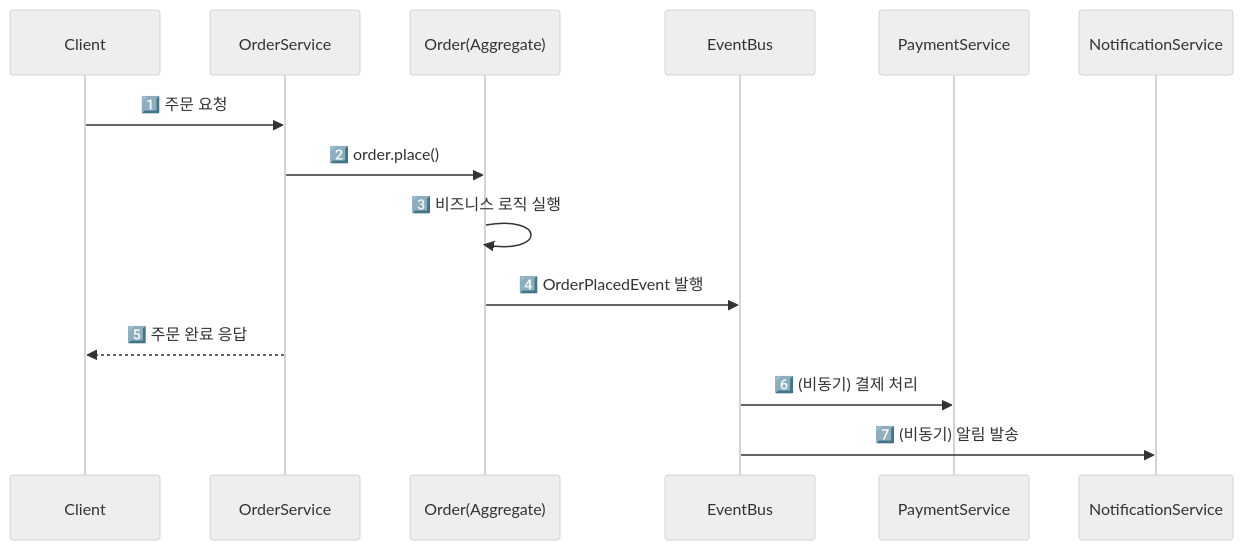
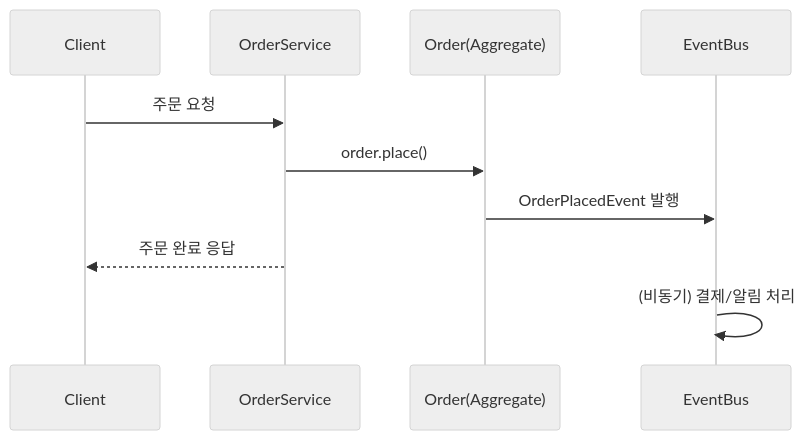
Before and after one commit to yjkim2015/yjkim2015.github.io: the sixth of 7 diagrams in _posts/architecture/2026-05-01-ddd.md, drawn with Mermaid (neutral theme). The commit also changed other lines of this file and 215 other files, not shown here.

First line of the commit message:
신규 포스트 10개 추가 + Mermaid 전면 축소 + SystemDesign 시리즈 보강

````diff
--- a/_posts/architecture/2026-05-01-ddd.md
+++ b/_posts/architecture/2026-05-01-ddd.md
@@ -375,18 +305,12 @@
 ```mermaid
 sequenceDiagram
     participant Client
-    participant OrderService
-    participant Order as Order(Aggregate)
-    participant EventBus
-    participant PaymentService
-    participant NotificationService
-
-    Client->>OrderService: 1️⃣ 주문 요청
-    OrderService->>Order: 2️⃣ order.place()
-    Order->>Order: 3️⃣ 비즈니스 로직 실행
-    Order->>EventBus: 4️⃣ OrderPlacedEvent 발행
-    OrderService-->>Client: 5️⃣ 주문 완료 응답
-
-    EventBus->>PaymentService: 6️⃣ (비동기) 결제 처리
-    EventBus->>NotificationService: 7️⃣ (비동기) 알림 발송
+    participant OS as OrderService
+    participant O as Order(Aggregate)
+    participant EB as EventBus
+    Client->>OS: 주문 요청
+    OS->>O: order.place()
+    O->>EB: OrderPlacedEvent 발행
+    OS-->>Client: 주문 완료 응답
+    EB->>EB: (비동기) 결제/알림 처리
 ```
````
